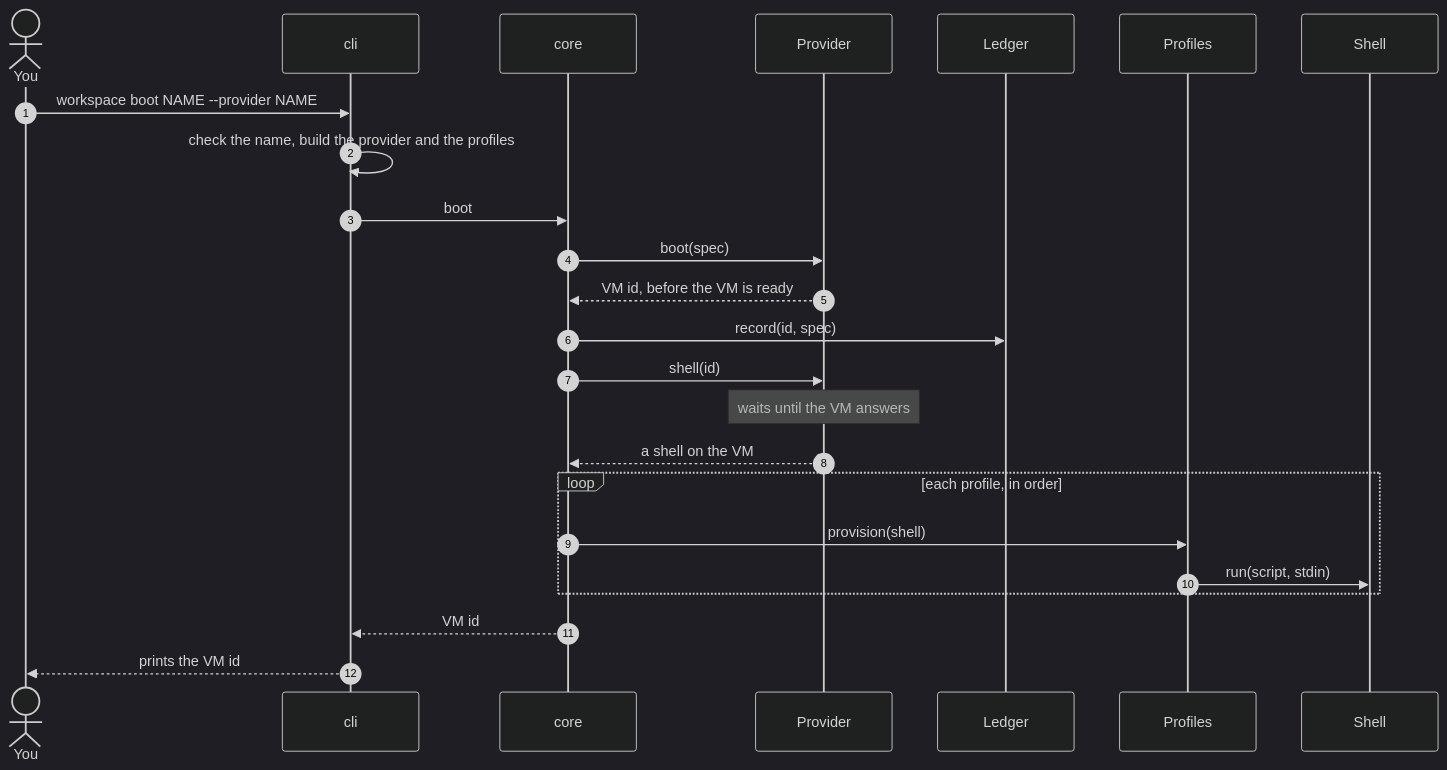
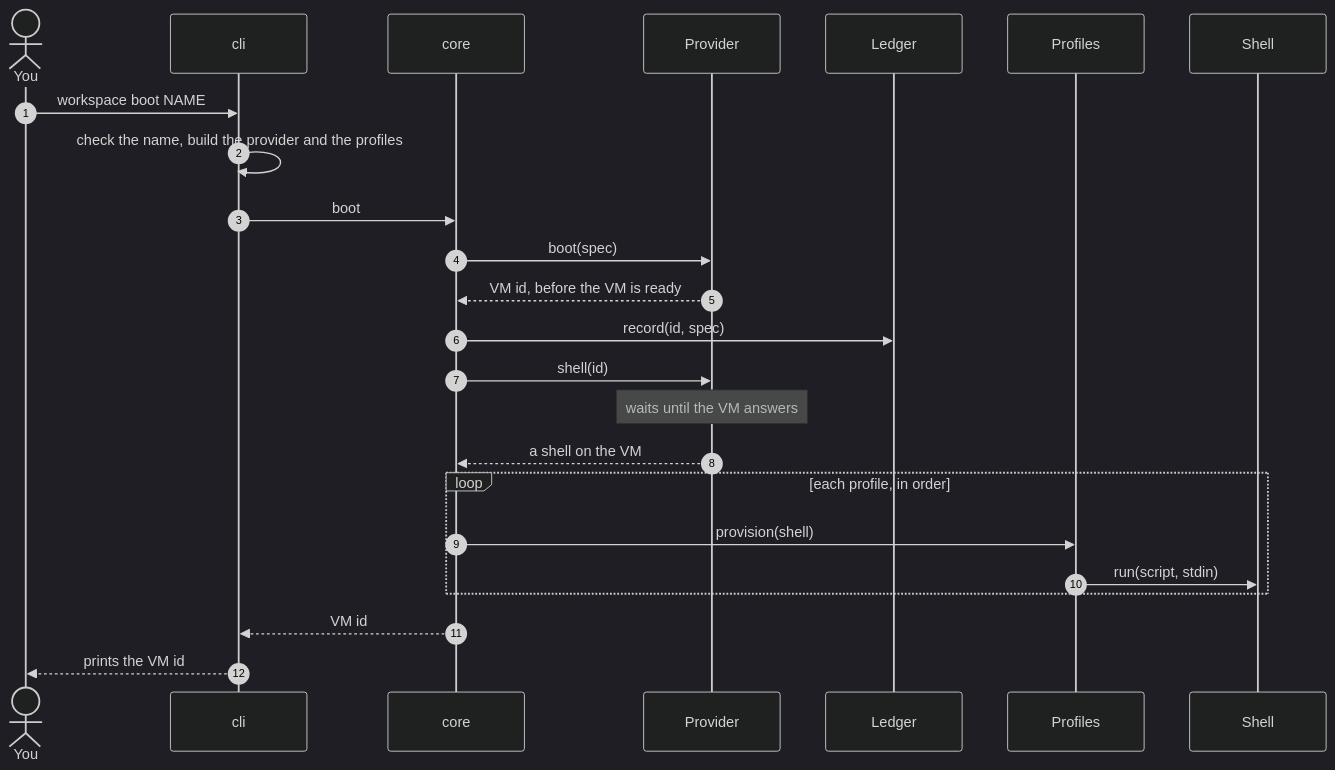
One commit to NextNodeSolutions/workspace changed the third of 6 diagrams in docs/architecture.md. Above: the diagram before and after it, drawn with Mermaid (dark theme). The commit also changed other lines of this file and 19 other files, not shown here.

````diff
--- a/docs/architecture.md
+++ b/docs/architecture.md
@@ -60,26 +63,26 @@
 ```mermaid
 sequenceDiagram
     autonumber
     actor You
     participant CLI as cli
     participant Core as core
     participant P as Provider
     participant L as Ledger
     participant Pr as Profiles
     participant S as Shell
-    You->>CLI: workspace boot NAME --provider NAME
+    You->>CLI: workspace boot NAME
     CLI->>CLI: check the name, build the provider and the profiles
     CLI->>Core: boot
     Core->>P: boot(spec)
     P-->>Core: VM id, before the VM is ready
     Core->>L: record(id, spec)
     Core->>P: shell(id)
     Note over P: waits until the VM answers
     P-->>Core: a shell on the VM
     loop each profile, in order
         Core->>Pr: provision(shell)
         Pr->>S: run(script, stdin)
     end
     Core-->>CLI: VM id
     CLI-->>You: prints the VM id
 ```
````
